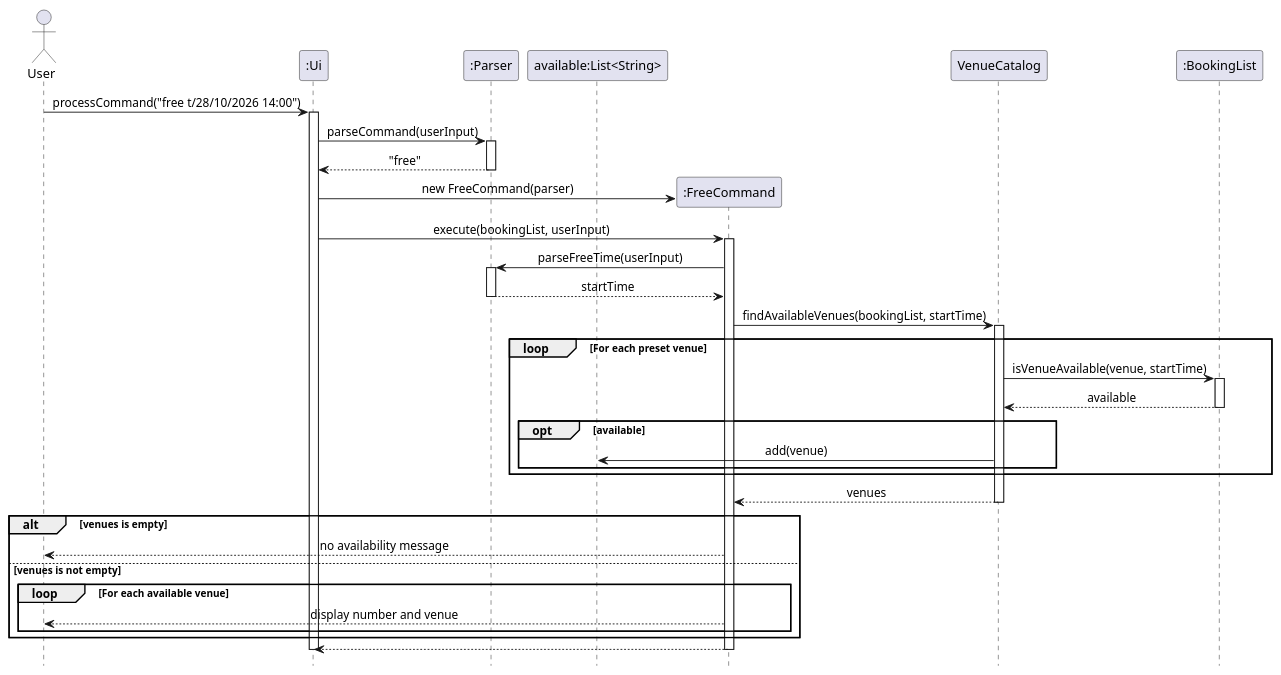
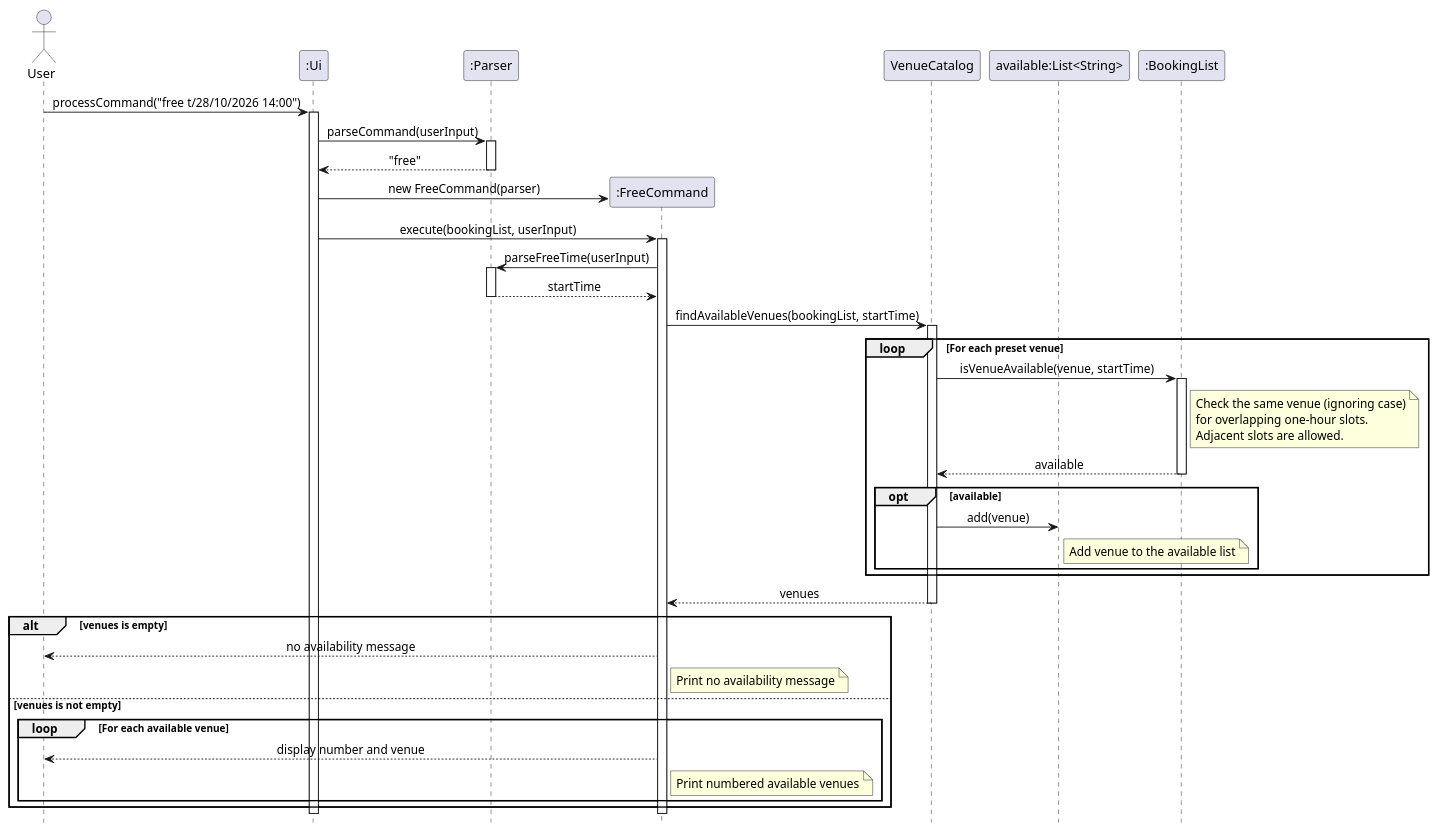
One commit to AY2627S1-CS2113-W14-2/tp changed the diagram in docs/UMLDiagrams/FreeCommandSequenceDiagram.puml. Above: the diagram before and after it, drawn with PlantUML. The commit also changed 15 other files, not shown here.

Commit message:
Added 1 hour slot for free command, Created PPP for kyle, Updated dev and user guides

```diff
--- a/docs/UMLDiagrams/FreeCommandSequenceDiagram.puml
+++ b/docs/UMLDiagrams/FreeCommandSequenceDiagram.puml
@@ -1,64 +1,72 @@
 @startuml
 skinparam sequenceMessageAlign center
 hide footbox
 
 actor User
 
 participant ":Ui" as UI
 
 participant ":Parser" as Parser
-participant "available:List<String>" as Available
 
 User -> UI: processCommand("free t/28/10/2026 14:00")
 activate UI
 
 UI -> Parser: parseCommand(userInput)
 activate Parser
 Parser --> UI: "free"
 deactivate Parser
 
 create participant ":FreeCommand" as Free
 UI -> Free: new FreeCommand(parser)
 
 participant "VenueCatalog" as Catalog
+participant "available:List<String>" as Available
 participant ":BookingList" as Bookings
 
 UI -> Free: execute(bookingList, userInput)
 activate Free
 
 Free -> Parser: parseFreeTime(userInput)
 activate Parser
 Parser --> Free: startTime
 deactivate Parser
 
 Free -> Catalog: findAvailableVenues(bookingList, startTime)
 activate Catalog
 
 loop For each preset venue
     Catalog -> Bookings: isVenueAvailable(venue, startTime)
     activate Bookings
 
+    note right of Bookings
+    Check the same venue (ignoring case)
+    for overlapping one-hour slots.
+    Adjacent slots are allowed.
+    end note
+
     Bookings --> Catalog: available
     deactivate Bookings
 
     opt available
         Catalog -> Available: add(venue)
+        note right of Available: Add venue to the available list
     end
 end
 
 Catalog --> Free: venues
 deactivate Catalog
 
 alt venues is empty
     Free --> User: no availability message
+    note right of Free: Print no availability message
 else venues is not empty
     loop For each available venue
         Free --> User: display number and venue
+        note right of Free: Print numbered available venues
     end
 end
 
-Free --> UI
 deactivate Free
 
 deactivate UI
 @enduml
```
